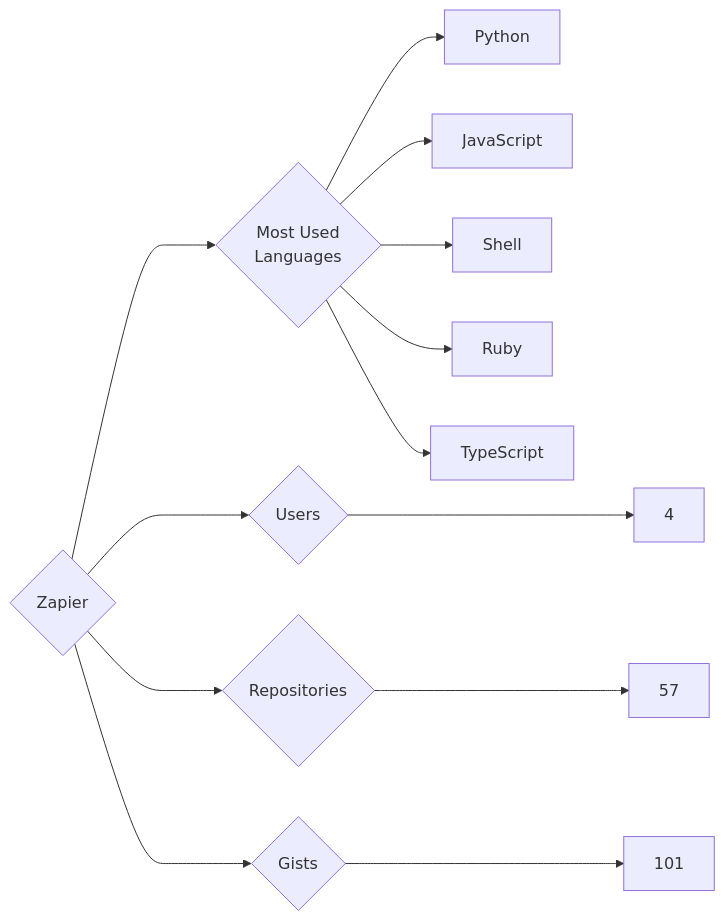
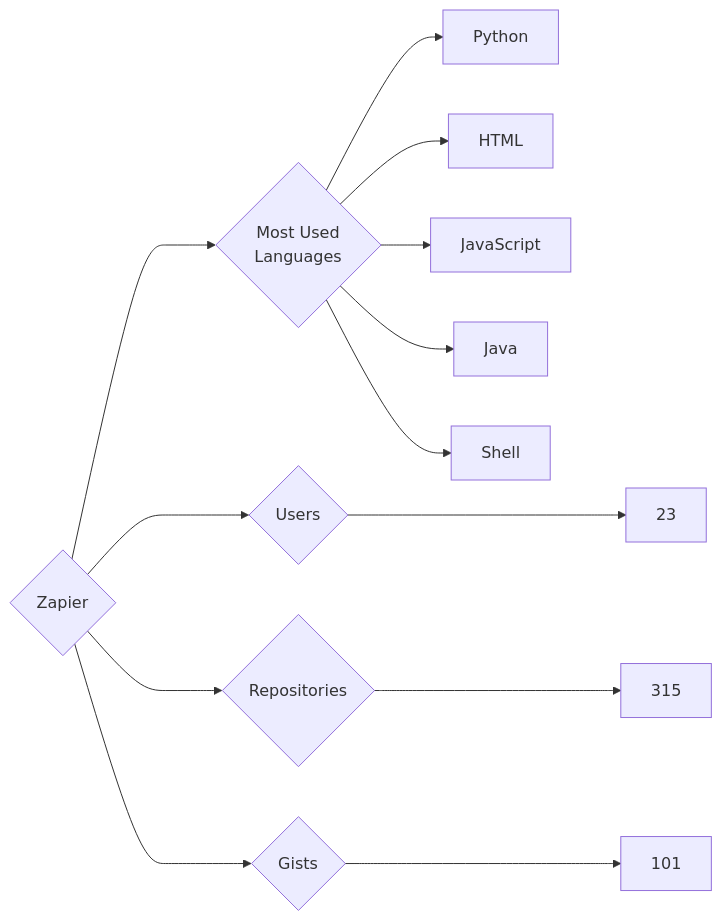
One commit to trickest/insiders changed the diagram in targets/Zapier/README.md. Above: the diagram before and after it, drawn with Mermaid. The commit also changed 823 other files, not shown here.

````diff
--- a/targets/Zapier/README.md
+++ b/targets/Zapier/README.md
@@ -3,13 +3,13 @@
 ```mermaid
 graph LR
 COMPANY_NAME{Zapier}
-COMPANY_NAME ---> U{Users} ---> UN[4]
-COMPANY_NAME ---> R{Repositories} ---> RN[57]
+COMPANY_NAME ---> U{Users} ---> UN[23]
+COMPANY_NAME ---> R{Repositories} ---> RN[315]
 COMPANY_NAME ---> G{Gists} ---> GN[101]
 COMPANY_NAME ---> ML{Most Used<br>Languages}
 ML --> Python[Python]
+ML --> HTML[HTML]
 ML --> JavaScript[JavaScript]
+ML --> Java[Java]
 ML --> Shell[Shell]
-ML --> Ruby[Ruby]
-ML --> TypeScript[TypeScript]
 ```
````
